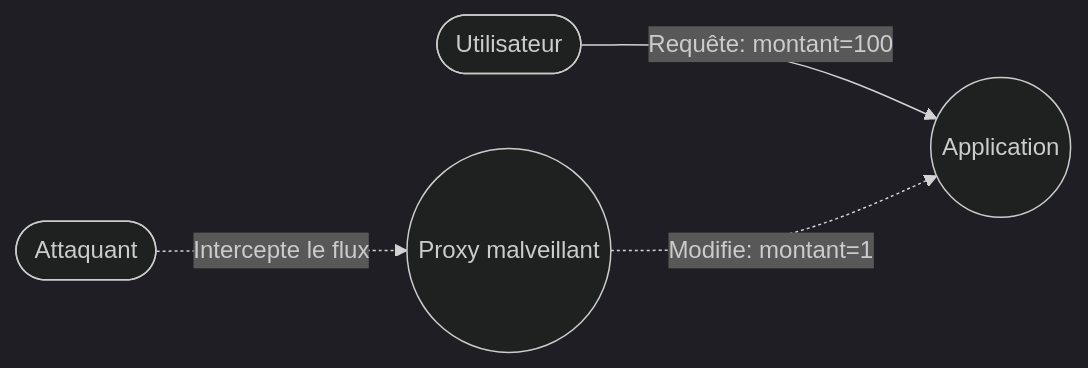
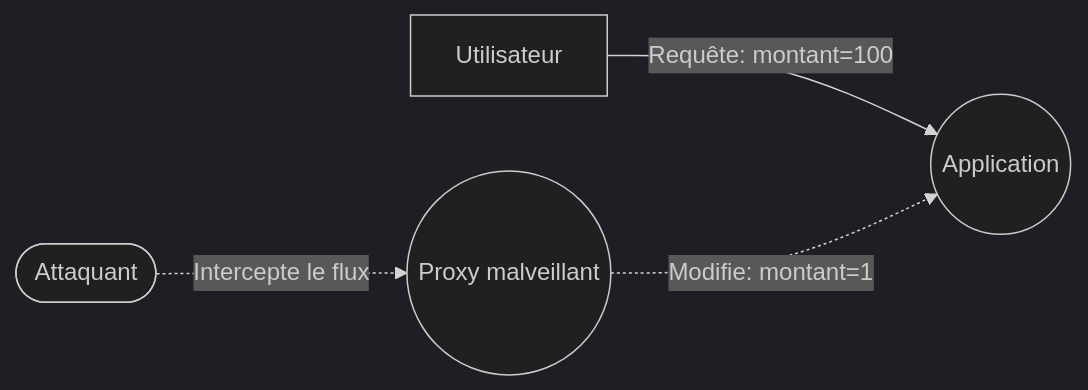
One commit to ophenix-maisonneuve/420-950-ma-site-web changed the first of 3 diagrams in _notes/stride/menaces/stride-tampering.md. Above: the diagram before and after it, drawn with Mermaid (dark theme). The commit also changed 4 other files, not shown here.

````diff
--- a/_notes/stride/menaces/stride-tampering.md
+++ b/_notes/stride/menaces/stride-tampering.md
@@ -55,6 +55,6 @@
 ```mermaid
 flowchart LR
-    User([Utilisateur]) -->|Requête: montant=100| App((Application))
+    User[Utilisateur] -->|Requête: montant=100| App((Application))
     Attacker([Attaquant]) -. Intercepte le flux .-> MITM((Proxy malveillant))
     MITM -. Modifie: montant=1 .-> App
 ```
````
